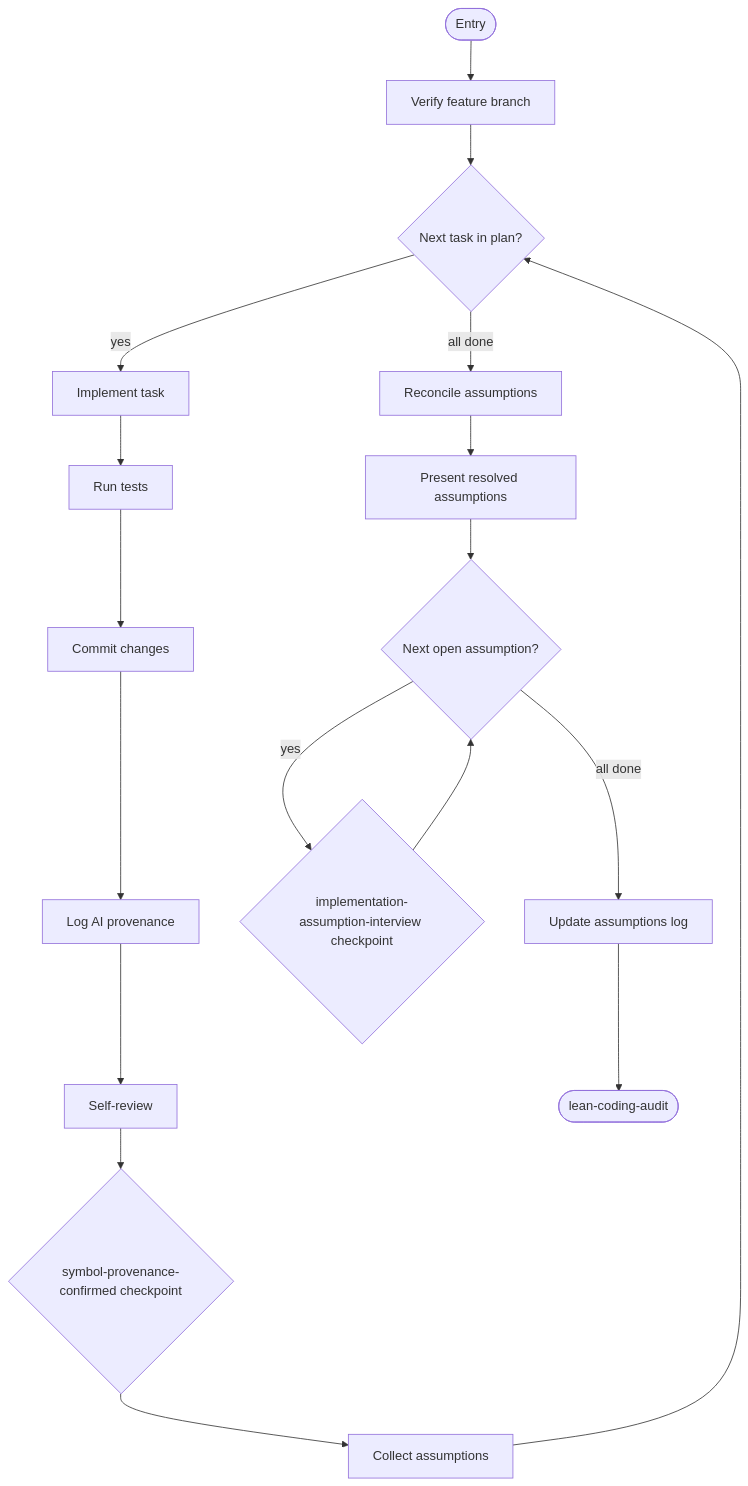
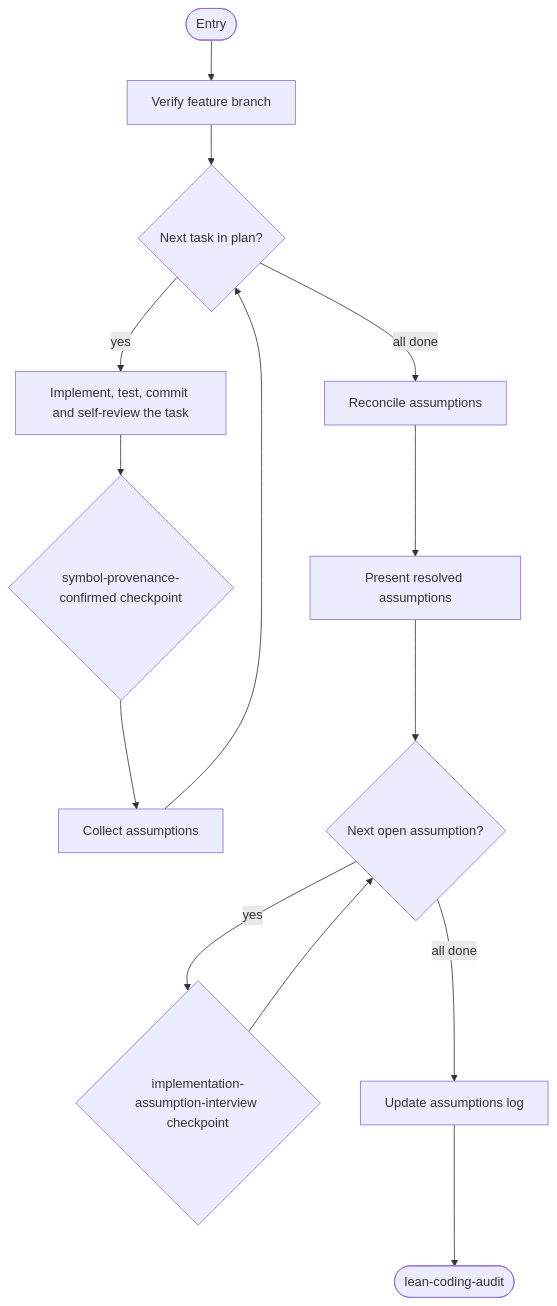
One commit to m2ux/workflow-server changed the ninth of 15 diagrams in work-package/activities/README.md. Above: the diagram before and after it, drawn with Mermaid. The commit also changed other lines of this file, not shown here.

First line of the commit message:
docs(work-package): group each activity diagram's straight runs into one block

````diff
--- a/work-package/activities/README.md
+++ b/work-package/activities/README.md
@@ -265,21 +231,17 @@
 ```mermaid
 graph TD
     entryNode(["Entry"]) --> verifyBranch["Verify feature branch"]
     verifyBranch --> nextTask{"Next task in plan?"}
-    nextTask -->|"yes"| implementTask["Implement task"]
-    implementTask --> runTests["Run tests"]
-    runTests --> commitChanges["Commit changes"]
-    commitChanges --> logProvenance["Log AI provenance"]
-    logProvenance --> selfReview["Self-review"]
-    selfReview --> cpSymbol{"symbol-provenance-confirmed checkpoint"}
+    nextTask -->|"yes"| implementTask["Implement, test, commit and self-review the task"]
+    implementTask --> cpSymbol{"symbol-provenance-confirmed checkpoint"}
     cpSymbol --> collectAssumptions["Collect assumptions"]
     collectAssumptions --> nextTask
 
     nextTask -->|"all done"| reconcile["Reconcile assumptions"]
     reconcile --> presentResolved["Present resolved assumptions"]
     presentResolved --> interviewLoop{"Next open assumption?"}
     interviewLoop -->|"yes"| cpInterview{"implementation-assumption-interview checkpoint"}
     cpInterview --> interviewLoop
     interviewLoop -->|"all done"| updateLog["Update assumptions log"]
     updateLog --> exitNode(["lean-coding-audit"])
 ```
````
